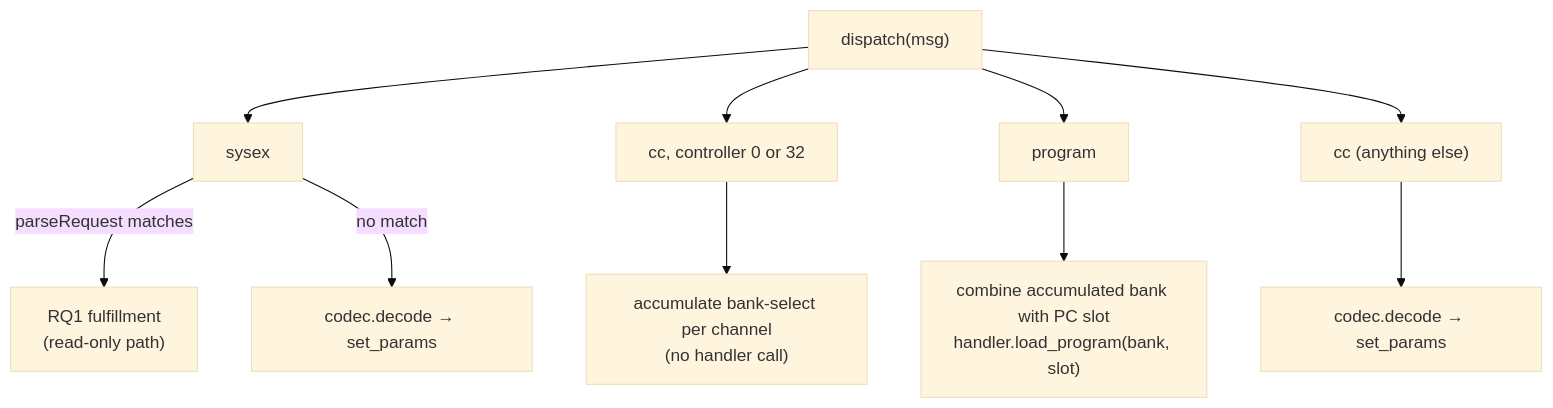
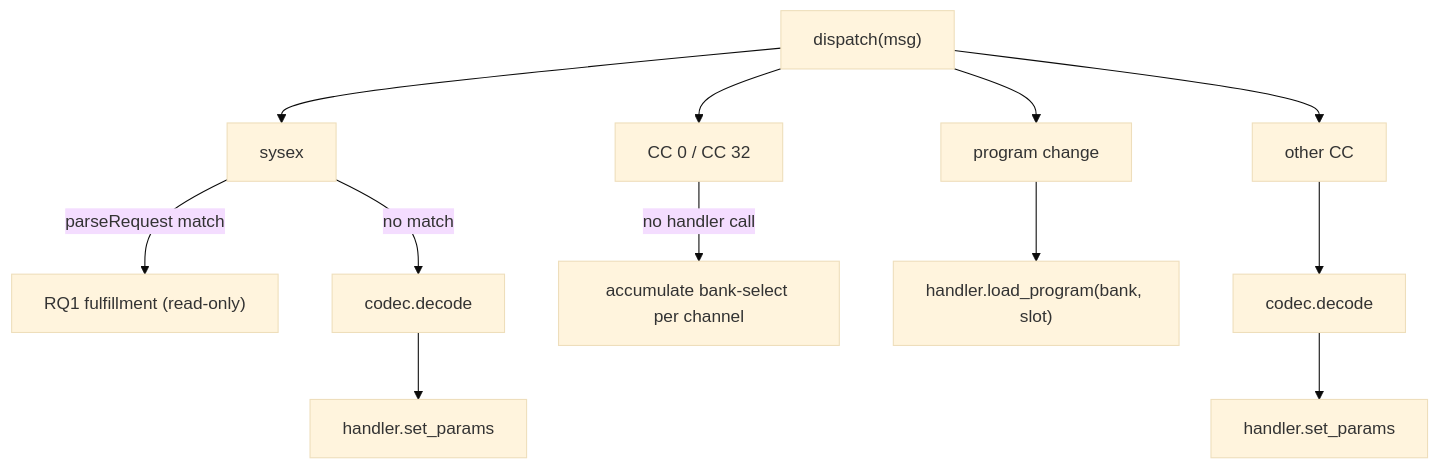
The second of 9 diagrams in packages/sounds-and-recreation-app/src/transport.md (uribrecher/keyboards-mcp), drawn with Mermaid (base theme) before and after one commit. The commit also changed other lines of this file, not shown here.

First line of the commit message:
docs: make transport.md mermaid diagrams structural and concise

````diff
--- a/packages/sounds-and-recreation-app/src/transport.md
+++ b/packages/sounds-and-recreation-app/src/transport.md
@@ -71,13 +71,15 @@
 ```mermaid
 flowchart TB
     d["dispatch(msg)"]
     d --> sx["sysex"]
-    sx -- "parseRequest matches" --> rq1["RQ1 fulfillment<br/>(read-only path)"]
-    sx -- "no match" --> dec1["codec.decode → set_params"]
-    d --> bank["cc, controller 0 or 32"]
-    bank --> acc["accumulate bank-select per channel<br/>(no handler call)"]
-    d --> prog["program"]
-    prog --> lp["combine accumulated bank with PC slot<br/>handler.load_program(bank, slot)"]
-    d --> ccx["cc (anything else)"]
-    ccx --> dec2["codec.decode → set_params"]
+    sx -- "parseRequest match" --> rq1["RQ1 fulfillment (read-only)"]
+    sx -- "no match" --> dec1["codec.decode"]
+    dec1 --> sp1["handler.set_params"]
+    d --> bank["CC 0 / CC 32"]
+    bank -- "no handler call" --> acc["accumulate bank-select per channel"]
+    d --> prog["program change"]
+    prog --> lp["handler.load_program(bank, slot)"]
+    d --> ccx["other CC"]
+    ccx --> dec2["codec.decode"]
+    dec2 --> sp2["handler.set_params"]
 ```
````
